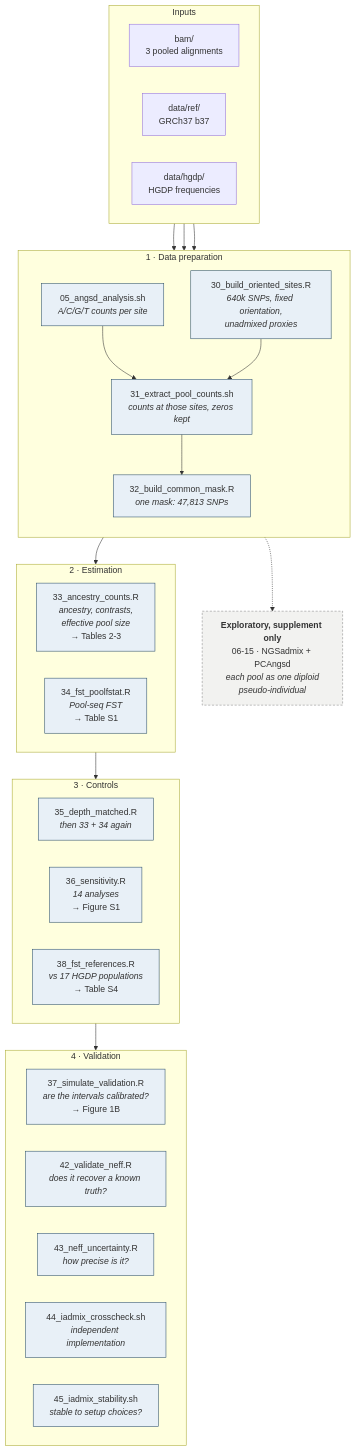
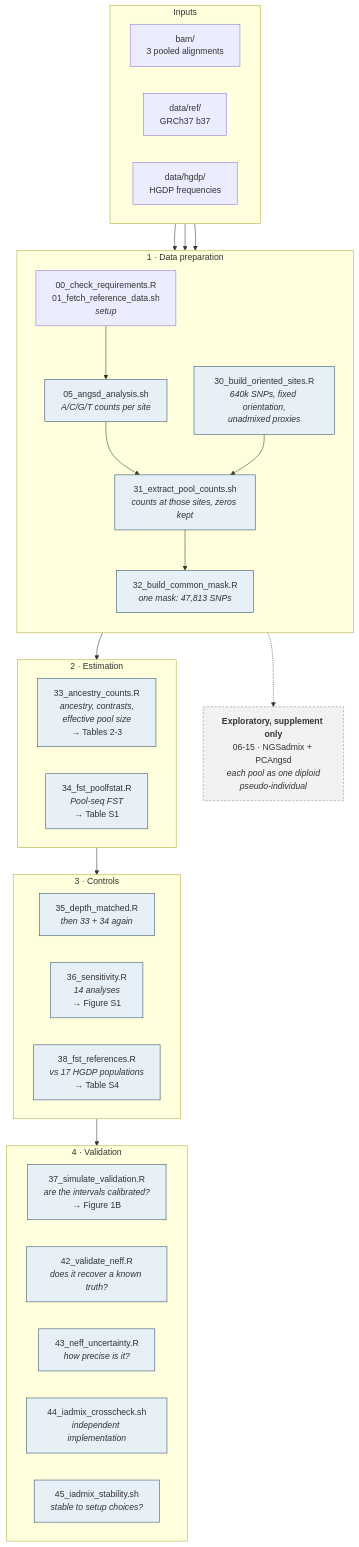
Before and after one commit to daniel00004bolivar/Ancestry_p: the diagram in bin/README_VIGENTE.md, drawn with Mermaid. The commit also changed other lines of this file and 6 other files, not shown here.

````diff
--- a/bin/README_VIGENTE.md
+++ b/bin/README_VIGENTE.md
@@ -12,56 +12,58 @@
 ```mermaid
 flowchart TD
     subgraph IN[" Inputs "]
         direction LR
         BAM["bam/<br/>3 pooled alignments"]
         REF["data/ref/<br/>GRCh37 b37"]
         HGDP["data/hgdp/<br/>HGDP frequencies"]
     end
 
     subgraph PREP["1 · Data preparation"]
         direction TB
+        S00["00_check_requirements.R<br/>01_fetch_reference_data.sh<br/><i>setup</i>"]
         S05["05_angsd_analysis.sh<br/><i>A/C/G/T counts per site</i>"]
+        S00 --> S05
         S30["30_build_oriented_sites.R<br/><i>640k SNPs, fixed orientation,<br/>unadmixed proxies</i>"]
         S31["31_extract_pool_counts.sh<br/><i>counts at those sites, zeros kept</i>"]
         S32["32_build_common_mask.R<br/><i>one mask: 47,813 SNPs</i>"]
         S05 --> S31
         S30 --> S31 --> S32
     end
 
     subgraph EST["2 · Estimation"]
         direction LR
         S33["33_ancestry_counts.R<br/><i>ancestry, contrasts,<br/>effective pool size</i><br/>→ Tables 2-3"]
         S34["34_fst_poolfstat.R<br/><i>Pool-seq FST</i><br/>→ Table S1"]
     end
 
     subgraph CTRL["3 · Controls"]
         direction LR
         S35["35_depth_matched.R<br/><i>then 33 + 34 again</i>"]
         S36["36_sensitivity.R<br/><i>14 analyses</i><br/>→ Figure S1"]
         S38["38_fst_references.R<br/><i>vs 17 HGDP populations</i><br/>→ Table S4"]
     end
 
     subgraph VAL["4 · Validation"]
         direction LR
         S37["37_simulate_validation.R<br/><i>are the intervals calibrated?</i><br/>→ Figure 1B"]
         S42["42_validate_neff.R<br/><i>does it recover a known truth?</i>"]
         S43["43_neff_uncertainty.R<br/><i>how precise is it?</i>"]
         S44["44_iadmix_crosscheck.sh<br/><i>independent implementation</i>"]
         S45["45_iadmix_stability.sh<br/><i>stable to setup choices?</i>"]
     end
 
     BAM --> S05
     REF --> S30
     HGDP --> S30
     S32 --> EST
     EST --> CTRL
     CTRL --> VAL
 
     EXP["<b>Exploratory, supplement only</b><br/>06-15 · NGSadmix + PCAngsd<br/><i>each pool as one diploid<br/>pseudo-individual</i>"]
     S05 -.-> EXP
 
     classDef main fill:#e8f0f7,stroke:#2a4d69
     classDef expl fill:#f2f2f0,stroke:#888,stroke-dasharray:4 3
     class S05,S30,S31,S32,S33,S34,S35,S36,S37,S38,S42,S43,S44,S45 main
     class EXP expl
 ```
````
